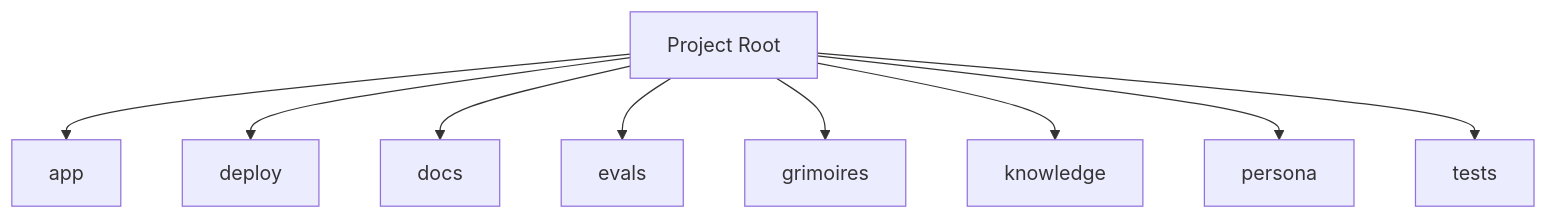
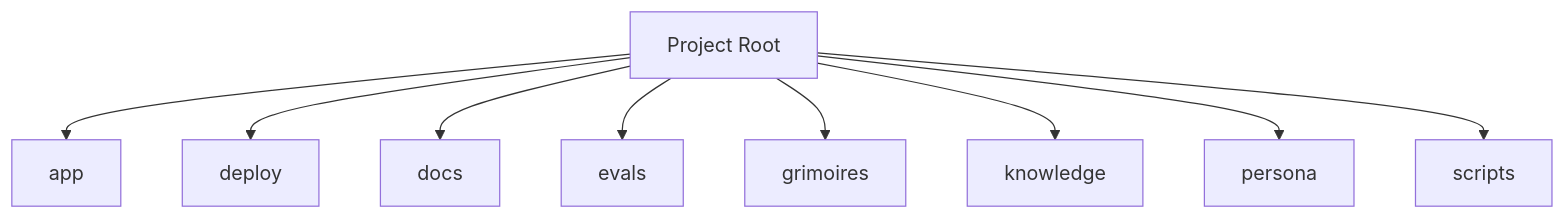
Before and after one commit to 0xHoneyJar/loa-dixie: the diagram in BUTTERFREEZONE.md, drawn with Mermaid. The commit also changed other lines of this file and 7 other files, not shown here.

````diff
--- a/BUTTERFREEZONE.md
+++ b/BUTTERFREEZONE.md
@@ -55,20 +56,20 @@
 ```mermaid
 graph TD
     app[app]
     deploy[deploy]
     docs[docs]
     evals[evals]
     grimoires[grimoires]
     knowledge[knowledge]
     persona[persona]
-    tests[tests]
+    scripts[scripts]
     Root[Project Root]
     Root --> app
     Root --> deploy
     Root --> docs
     Root --> evals
     Root --> grimoires
     Root --> knowledge
     Root --> persona
-    Root --> tests
+    Root --> scripts
 ```
````
